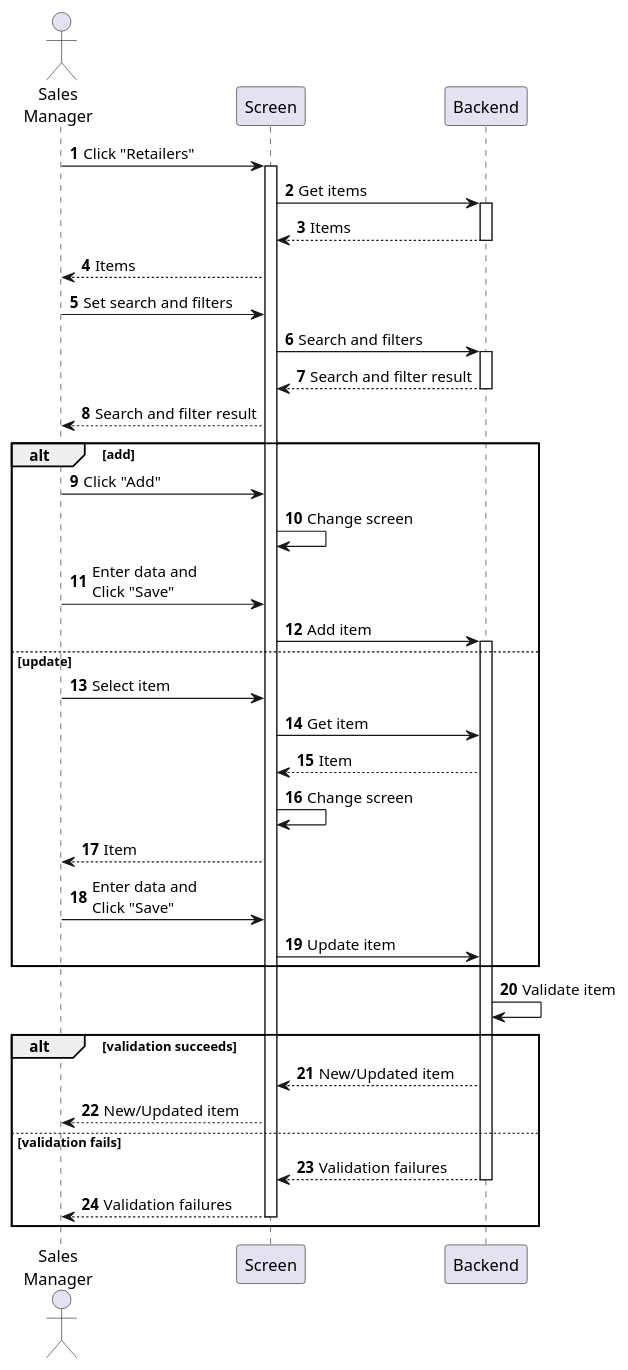
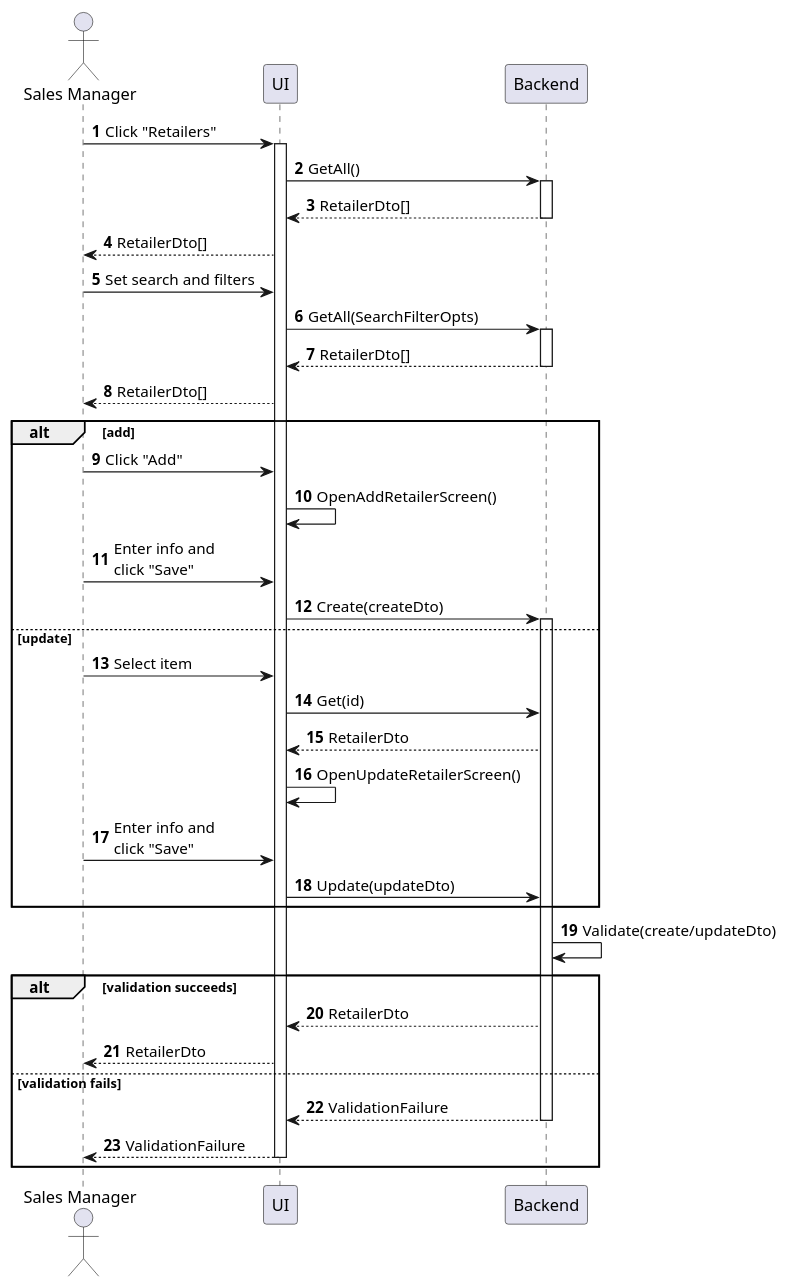
One commit to phihungha/scmss-reqs changed the diagram in sequences/retailer-manage.plantuml. Above: the diagram before and after it, drawn with PlantUML. The commit also changed 33 other files, not shown here.

Commit message:
Improve sequence diagrams of purchase and manage use cases

```diff
--- a/sequences/retailer-manage.plantuml
+++ b/sequences/retailer-manage.plantuml
@@ -1,45 +1,44 @@
 @startuml retailer-manage
 autonumber
 
-actor "Sales\nManager" as a
-participant Screen as f
+actor "Sales Manager" as a
+participant UI as f
 participant Backend as b
 
 a -> f : Click "Retailers"
 activate f
-f -> b : Get items
+f -> b : GetAll()
 activate b
-return Items
-f --> a : Items
+return RetailerDto[]
+f --> a : RetailerDto[]
 a -> f : Set search and filters
-f -> b : Search and filters
+f -> b : GetAll(SearchFilterOpts)
 activate b
-return Search and filter result
-f --> a : Search and filter result
+return RetailerDto[]
+f --> a : RetailerDto[]
 
 alt add
     a -> f : Click "Add"
-    f -> f : Change screen
-    a -> f : Enter data and\nClick "Save"
-    f -> b : Add item
+    f -> f : OpenAddRetailerScreen()
+    a -> f : Enter info and\nclick "Save"
+    f -> b : Create(createDto)
     activate b
 else update
     a -> f : Select item
-    f -> b : Get item
-    b --> f : Item
-    f -> f : Change screen
-    f --> a : Item
-    a -> f : Enter data and\nClick "Save"
-    f -> b : Update item
+    f -> b : Get(id)
+    b --> f : RetailerDto
+    f -> f : OpenUpdateRetailerScreen()
+    a -> f : Enter info and\nclick "Save"
+    f -> b : Update(updateDto)
 end
 
-b -> b : Validate item
+b -> b : Validate(create/updateDto)
 
 alt validation succeeds
-    b --> f : New/Updated item
-    f --> a : New/Updated item
+    b --> f : RetailerDto
+    f --> a : RetailerDto
 else validation fails
-    return Validation failures
-    return Validation failures
+    return ValidationFailure
+    return ValidationFailure
 end
 @enduml
```
